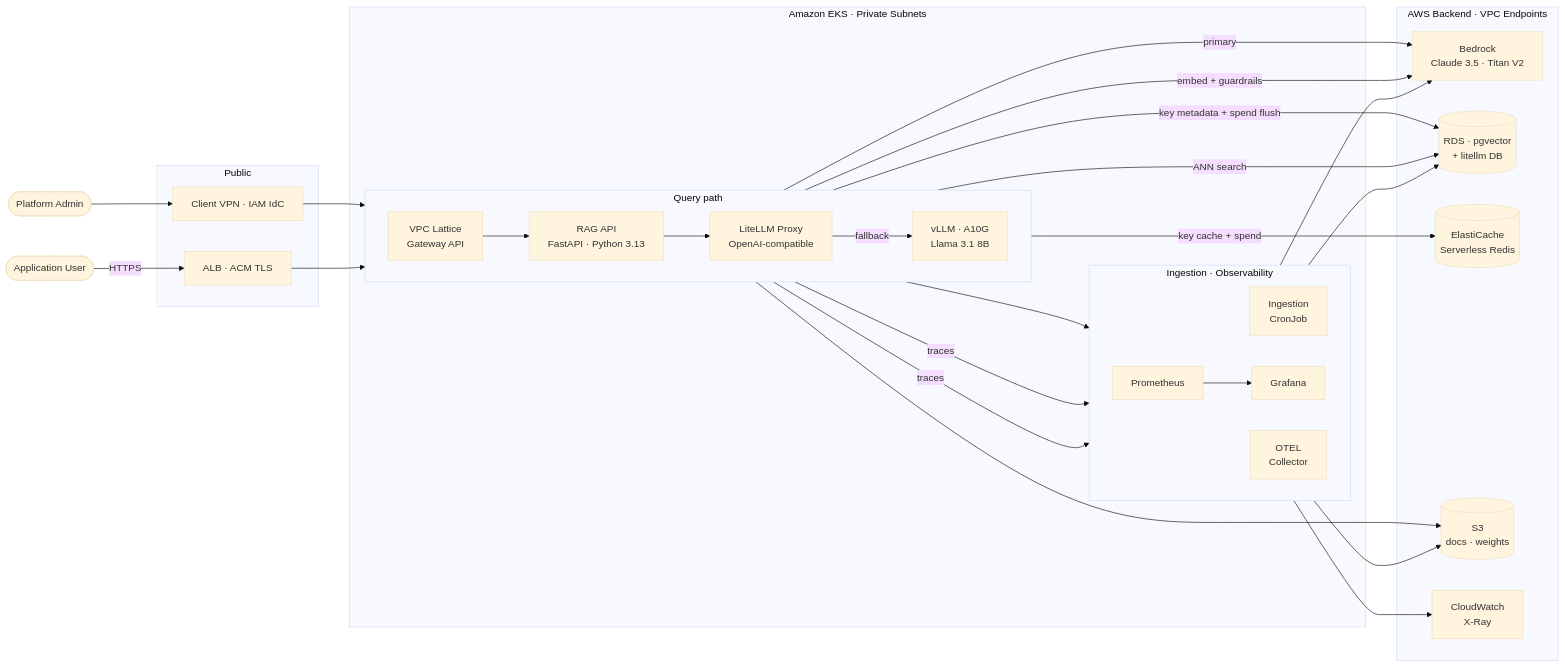
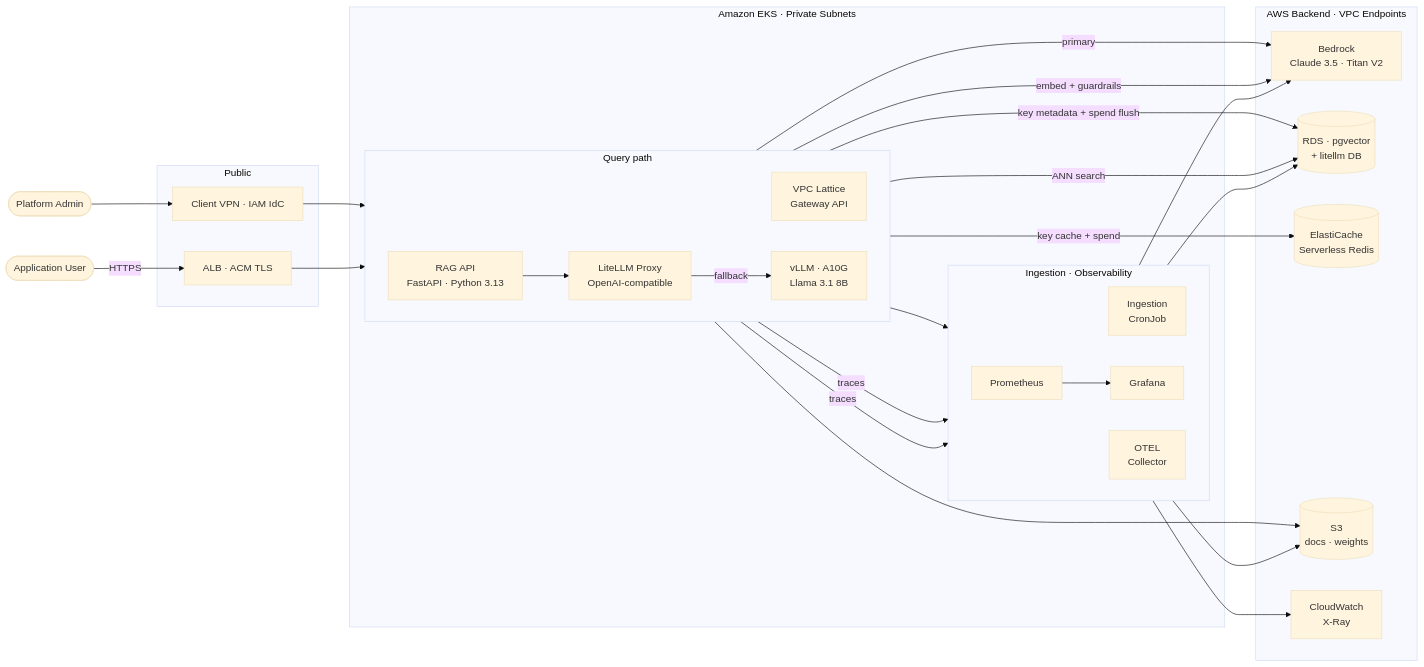
One commit to girishn/rag-platform-eks changed the diagram in docs/architecture/02-container-diagram.md. Above: the diagram before and after it, drawn with Mermaid (base theme). The commit also changed other lines of this file and 24 other files, not shown here.

First line of the commit message:
Refactor architectural decisions and update ADRs for RAG platform

````diff
--- a/docs/architecture/02-container-diagram.md
+++ b/docs/architecture/02-container-diagram.md
@@ -14,66 +19,68 @@
 ```mermaid
 flowchart LR
     User([Application User])
     Admin([Platform Admin])
 
     subgraph pub["Public"]
         ALB[ALB · ACM TLS]
         VPN[Client VPN · IAM IdC]
     end
 
     subgraph eks["Amazon EKS · Private Subnets"]
         subgraph qpath["Query path"]
             direction LR
             Lattice[VPC Lattice\nGateway API]
             RAG[RAG API\nFastAPI · Python 3.13]
             LiteLLM[LiteLLM Proxy\nOpenAI-compatible]
             vLLM[vLLM · A10G\nLlama 3.1 8B]
         end
 
         subgraph opspath["Ingestion · Observability"]
             direction LR
             Ingest[Ingestion\nCronJob]
             OTEL[OTEL\nCollector]
             Prom[Prometheus]
             Graf[Grafana]
         end
     end
 
     subgraph aws["AWS Backend · VPC Endpoints"]
         Bedrock[Bedrock\nClaude 3.5 · Titan V2]
         RDS[(RDS · pgvector\n+ litellm DB)]
         Redis[(ElastiCache\nServerless Redis)]
         S3[(S3\ndocs · weights)]
         CW[CloudWatch\nX-Ray]
     end
 
-    %% Ingress
+    %% External ingress — ALB direct to RAG API (SSE streaming safe)
     User -->|HTTPS| ALB
+    ALB --> RAG
+
+    %% Admin path — VPC Lattice for non-streaming internal access only
     Admin --> VPN
-    ALB & VPN --> Lattice
+    VPN --> Lattice
 
     %% Query path
-    Lattice --> RAG
     RAG --> LiteLLM
     RAG -->|embed + guardrails| Bedrock
     RAG -->|ANN search| RDS
     RAG -->|traces| OTEL
     LiteLLM -->|primary| Bedrock
     LiteLLM -->|fallback| vLLM
     LiteLLM -->|key cache + spend| Redis
     LiteLLM -->|key metadata + spend flush| RDS
     LiteLLM -->|traces| OTEL
 
     %% Admin observability access
     Lattice --> Graf
 
     %% Observability outputs
     OTEL --> CW
     Prom --> Graf
 
     %% Ingestion pipeline
     Ingest --> S3 & Bedrock & RDS
 
     %% vLLM model weights
     vLLM --> S3
 ```
````
